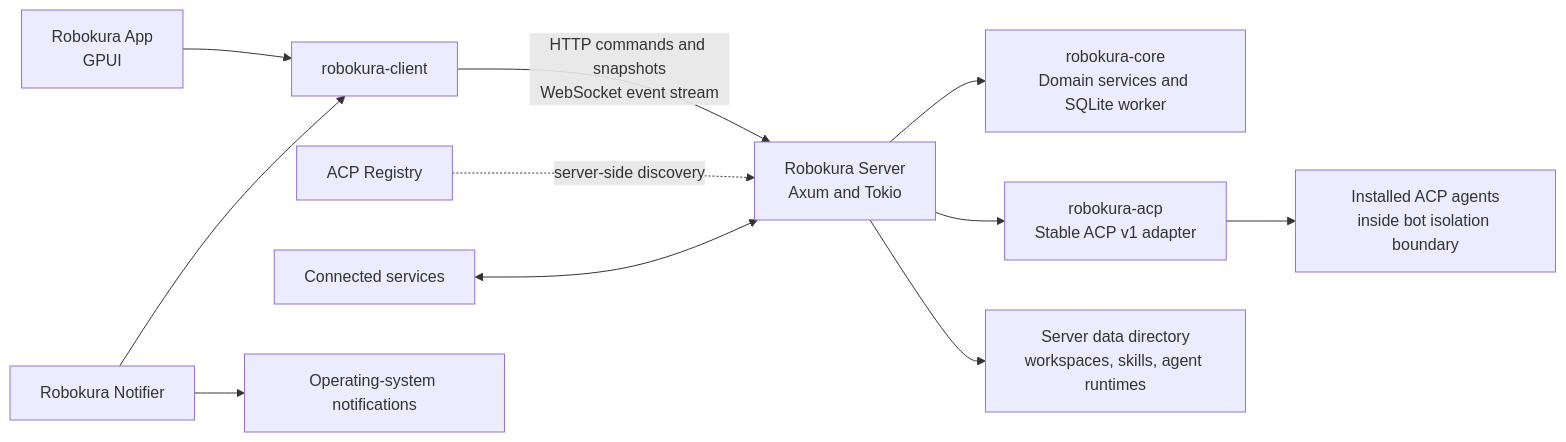
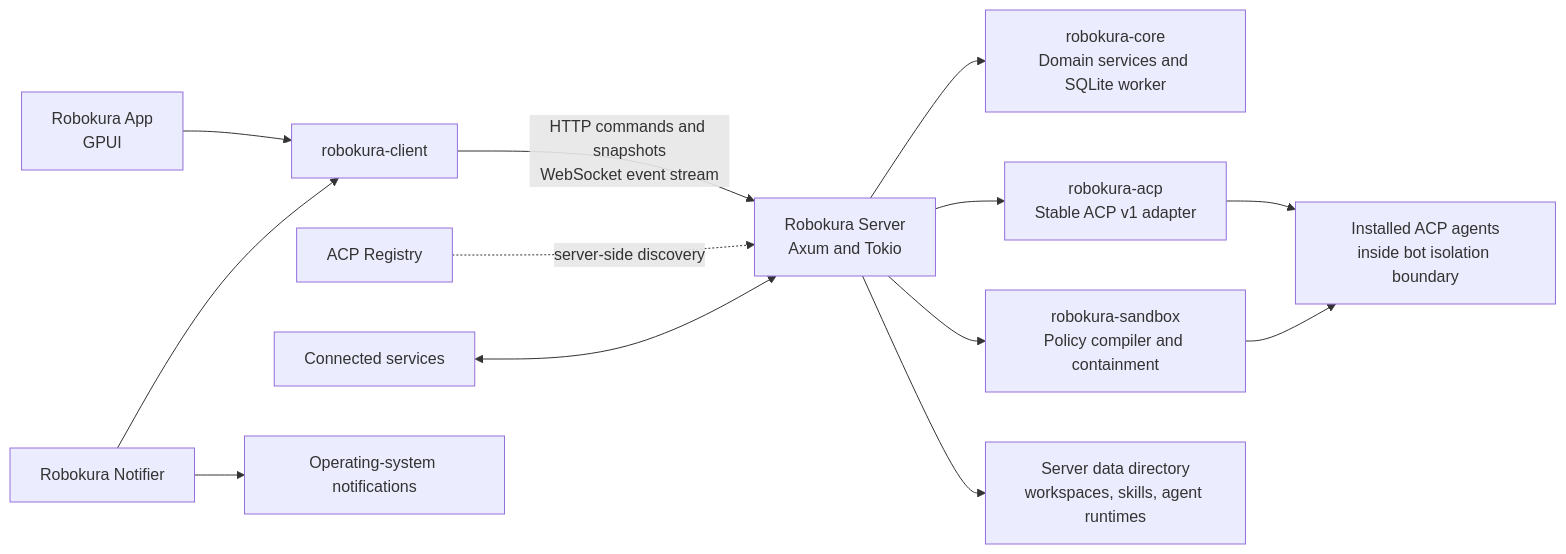
One commit to LuccaBessa/robokura changed the first of 3 diagrams in SYSTEM_ARCHITECTURE.md. Above: the diagram before and after it, drawn with Mermaid. The commit also changed other lines of this file and 10 other files, not shown here.

````diff
--- a/SYSTEM_ARCHITECTURE.md
+++ b/SYSTEM_ARCHITECTURE.md
@@ -38,13 +74,15 @@
 ```mermaid
 flowchart LR
     App[Robokura App<br/>GPUI] --> Client[robokura-client]
     Notify[Robokura Notifier] --> Client
     Client -->|HTTP commands and snapshots<br/>WebSocket event stream| Server[Robokura Server<br/>Axum and Tokio]
     Server --> Core[robokura-core<br/>Domain services and SQLite worker]
     Server --> ACP[robokura-acp<br/>Stable ACP v1 adapter]
+    Server --> Sbx[robokura-sandbox<br/>Policy compiler and containment]
     ACP --> Agents[Installed ACP agents<br/>inside bot isolation boundary]
+    Sbx --> Agents
     Server --> Files[Server data directory<br/>workspaces, skills, agent runtimes]
     Registry[ACP Registry] -. server-side discovery .-> Server
     Services[Connected services] <--> Server
     Notify --> OS[Operating-system notifications]
 ```
````
